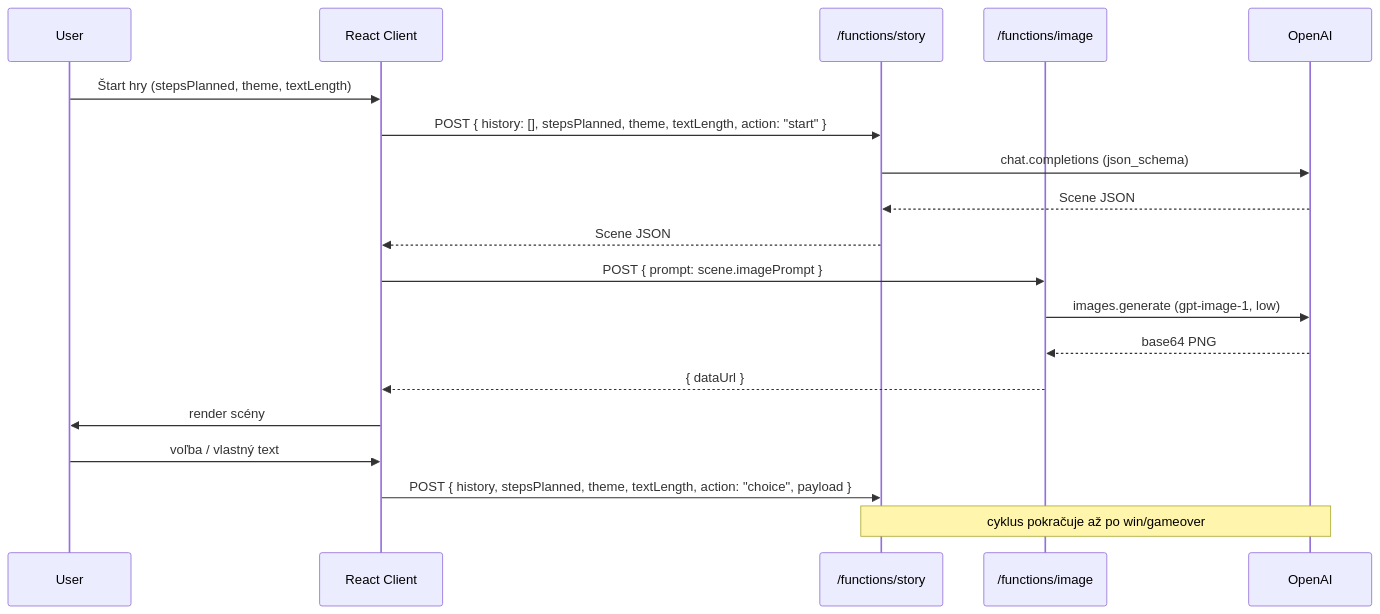
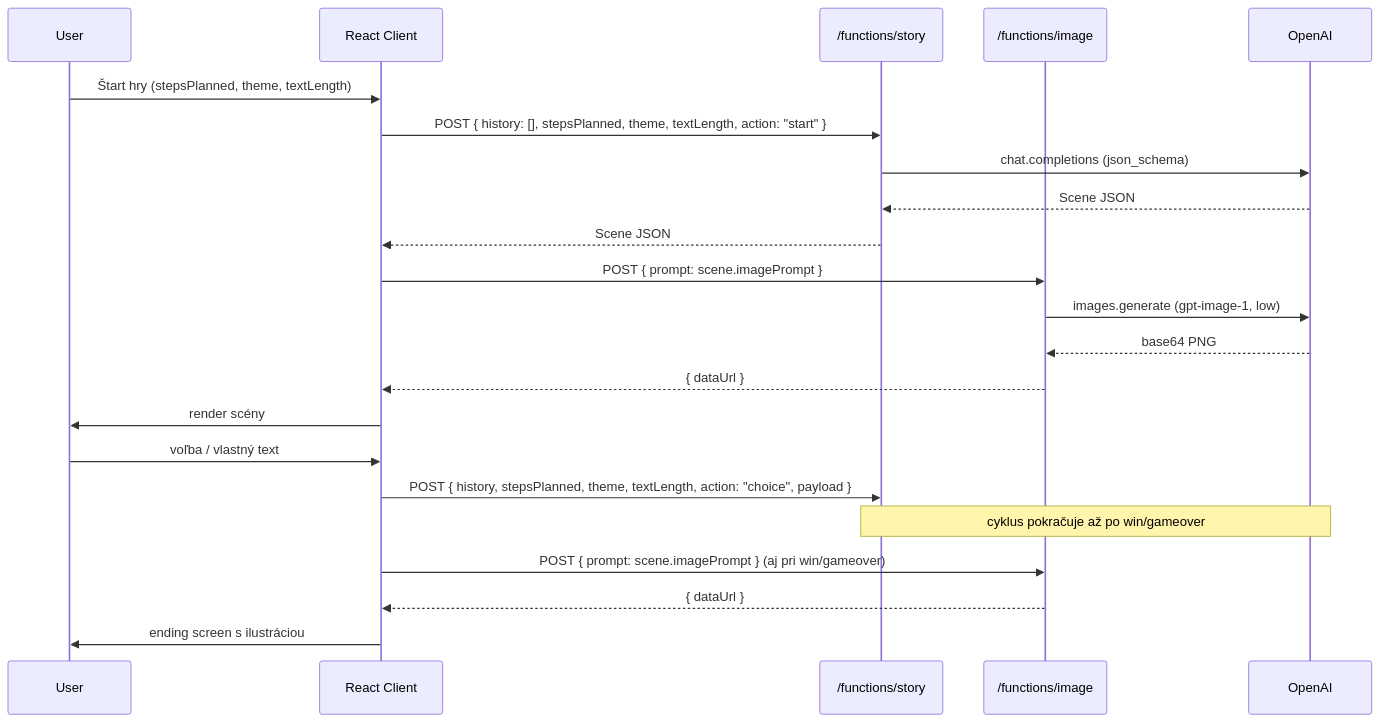
One commit to TomasBencko/hollow-book changed the diagram in .cursor/plans/hollow_book_mvp_d88273a5.plan.md. Above: the diagram before and after it, drawn with Mermaid. The commit also changed other lines of this file and 9 other files, not shown here.

````diff
--- a/.cursor/plans/hollow_book_mvp_d88273a5.plan.md
+++ b/.cursor/plans/hollow_book_mvp_d88273a5.plan.md
@@ -103,22 +103,25 @@
 ```mermaid
 sequenceDiagram
   participant U as User
   participant C as React Client
   participant S as /functions/story
   participant I as /functions/image
   participant O as OpenAI
 
   U->>C: Štart hry (stepsPlanned, theme, textLength)
   C->>S: POST { history: [], stepsPlanned, theme, textLength, action: "start" }
   S->>O: chat.completions (json_schema)
   O-->>S: Scene JSON
   S-->>C: Scene JSON
   C->>I: POST { prompt: scene.imagePrompt }
   I->>O: images.generate (gpt-image-1, low)
   O-->>I: base64 PNG
   I-->>C: { dataUrl }
   C->>U: render scény
   U->>C: voľba / vlastný text
   C->>S: POST { history, stepsPlanned, theme, textLength, action: "choice", payload }
   Note over S,O: cyklus pokračuje až po win/gameover
+  C->>I: POST { prompt: scene.imagePrompt } (aj pri win/gameover)
+  I-->>C: { dataUrl }
+  C->>U: ending screen s ilustráciou
 ```
````
